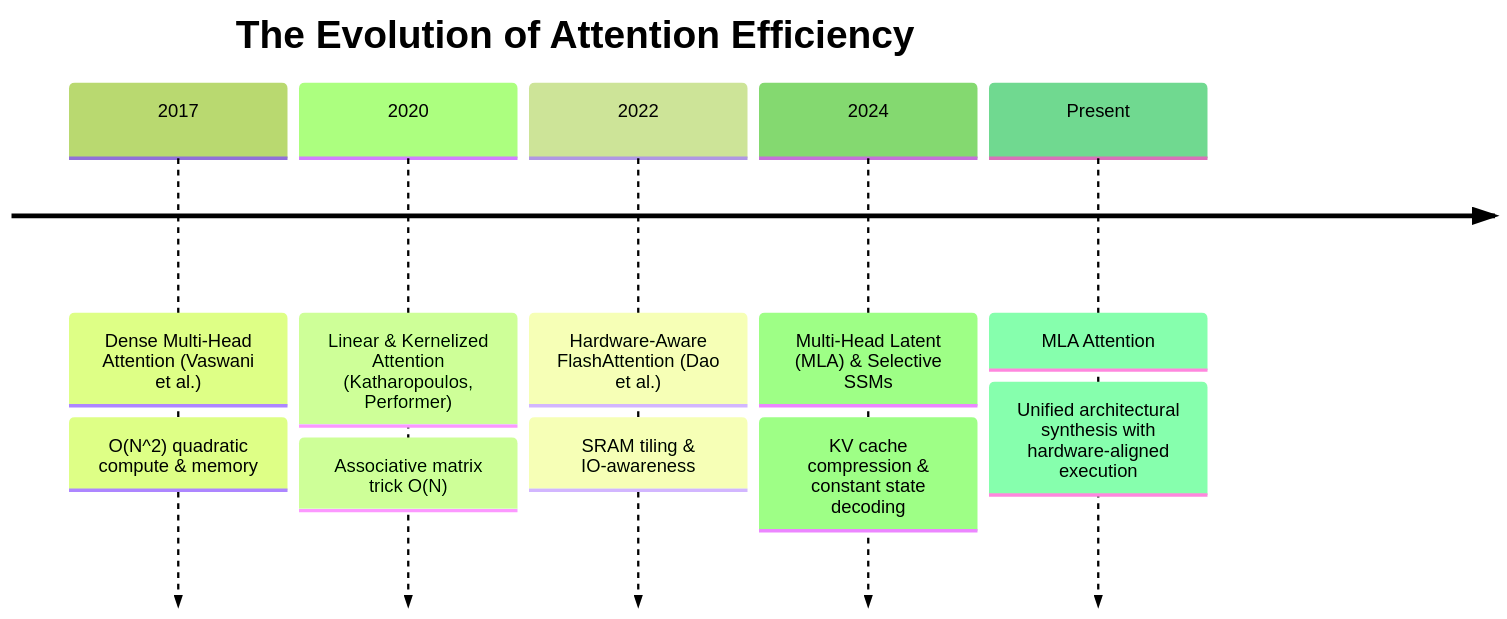
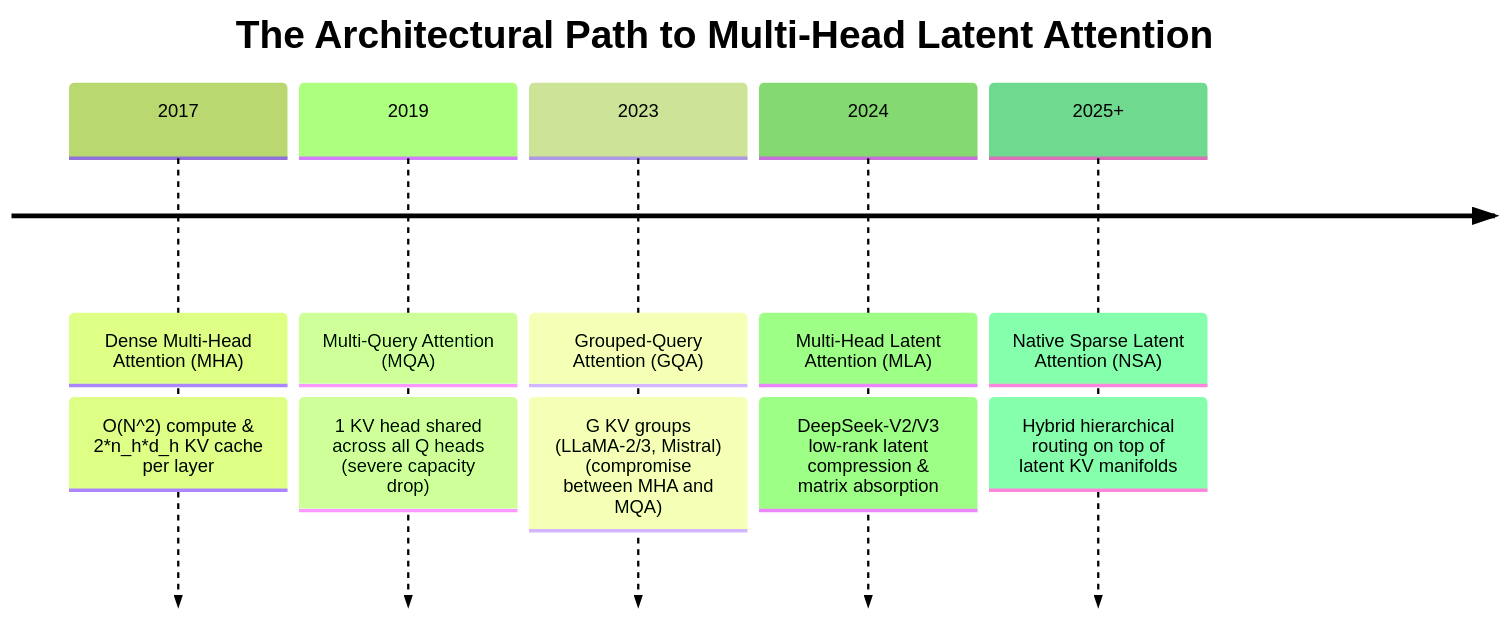
One commit to tahamajs/NeuralOps changed the first of 2 diagrams in Docs/content/attentions_blog/mla_attention_blog.md. Above: the diagram before and after it, drawn with Mermaid (forest theme). The commit also changed other lines of this file and 19 other files, not shown here.

````diff
--- a/Docs/content/attentions_blog/mla_attention_blog.md
+++ b/Docs/content/attentions_blog/mla_attention_blog.md
@@ -58,9 +72,9 @@
 ```mermaid
 timeline
-    title The Evolution of Attention Efficiency
-    2017 : Dense Multi-Head Attention (Vaswani et al.) : O(N^2) quadratic compute & memory
-    2020 : Linear & Kernelized Attention (Katharopoulos, Performer) : Associative matrix trick O(N)
-    2022 : Hardware-Aware FlashAttention (Dao et al.) : SRAM tiling & IO-awareness
-    2024 : Multi-Head Latent (MLA) & Selective SSMs : KV cache compression & constant state decoding
-    Present : MLA Attention : Unified architectural synthesis with hardware-aligned execution
+    title The Architectural Path to Multi-Head Latent Attention
+    2017 : Dense Multi-Head Attention (MHA) : O(N^2) compute & 2*n_h*d_h KV cache per layer
+    2019 : Multi-Query Attention (MQA) : 1 KV head shared across all Q heads (severe capacity drop)
+    2023 : Grouped-Query Attention (GQA) : G KV groups (LLaMA-2/3, Mistral) (compromise between MHA and MQA)
+    2024 : Multi-Head Latent Attention (MLA) : DeepSeek-V2/V3 low-rank latent compression & matrix absorption
+    2025+ : Native Sparse Latent Attention (NSA) : Hybrid hierarchical routing on top of latent KV manifolds
 ```
````
